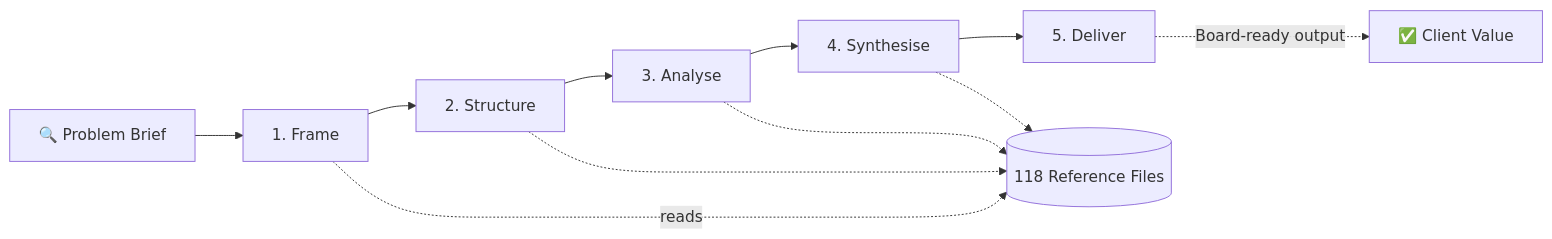
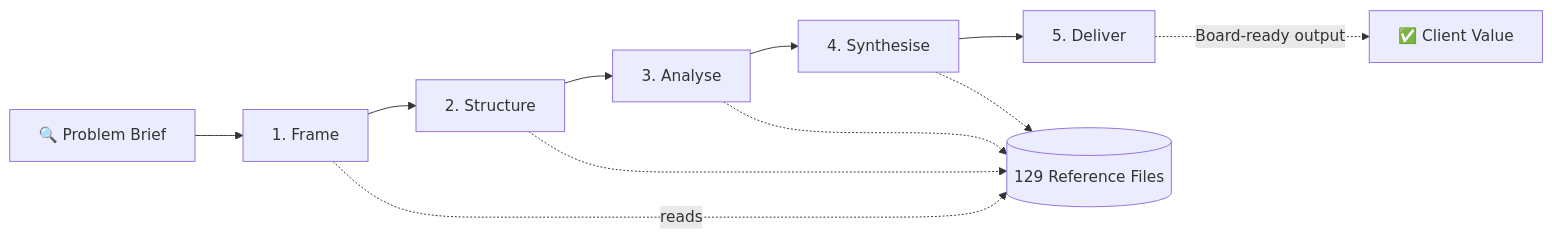
Before and after one commit to DogInfantry/claude-skill-management-consultant-B1: the first of 4 diagrams in README.md, drawn with Mermaid. The commit also changed other lines of this file and 5 other files, not shown here.

````diff
--- a/README.md
+++ b/README.md
@@ -34,14 +34,14 @@
 ```mermaid
 flowchart LR
     A["🔍 Problem Brief"] --> B["1. Frame"]
     B --> C["2. Structure"]
     C --> D["3. Analyse"]
     D --> E["4. Synthesise"]
     E --> F["5. Deliver"]
 
-    B -.->|reads| G[("118 Reference Files")]
+    B -.->|reads| G[("129 Reference Files")]
     C -.-> G
     D -.-> G
     E -.-> G
     F -.->|"Board-ready output"| H["✅ Client Value"]
 ```
````
